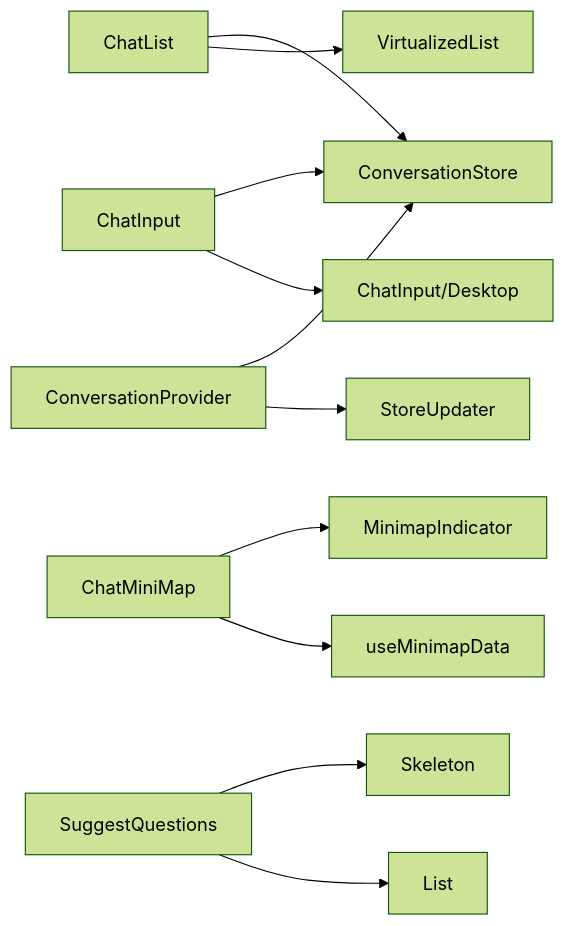
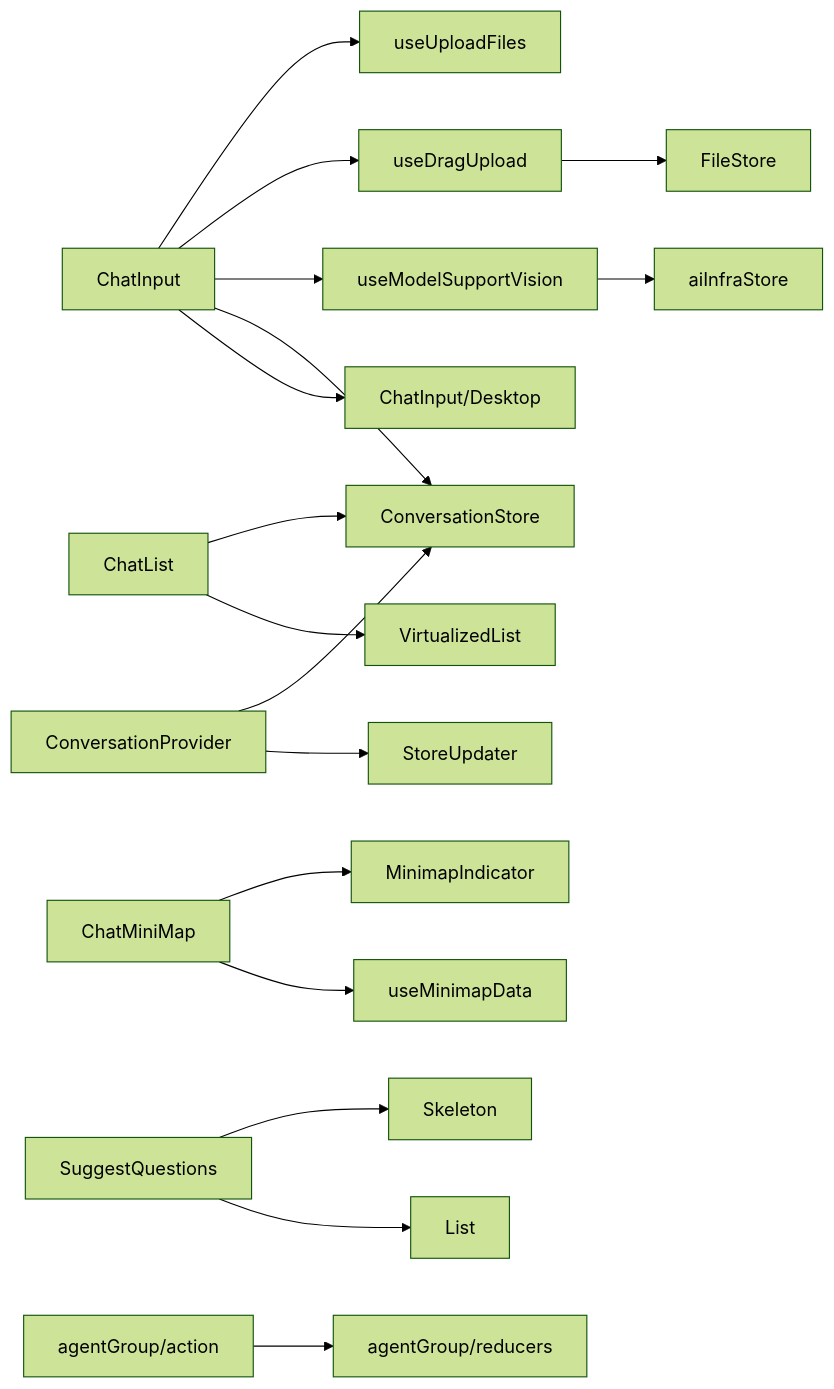
One commit to AvatoLabs/avato changed the tenth of 10 diagrams in .qoder/repowiki/zh/content/组件系统/业务功能组件/聊天交互组件/聊天交互组件.md. Above: the diagram before and after it, drawn with Mermaid (forest theme). The commit also changed other lines of this file and 50 other files, not shown here.

````diff
--- a/.qoder/repowiki/zh/content/组件系统/业务功能组件/聊天交互组件/聊天交互组件.md
+++ b/.qoder/repowiki/zh/content/组件系统/业务功能组件/聊天交互组件/聊天交互组件.md
@@ -450,13 +636,19 @@
 ```mermaid
 graph LR
 CI["ChatInput"] --> CIDE["ChatInput/Desktop"]
 CI --> CS["ConversationStore"]
+CI --> VSD["useModelSupportVision"]
+CI --> DUD["useDragUpload"]
+CI --> DUZ["useUploadFiles"]
 CL["ChatList"] --> VL["VirtualizedList"]
 CL --> CS
 MM["ChatMiniMap"] --> MMD["useMinimapData"]
 MM --> MMI["MinimapIndicator"]
 SQ["SuggestQuestions"] --> SQL["List"]
 SQ --> SQS["Skeleton"]
 CP["ConversationProvider"] --> SU["StoreUpdater"]
 CP --> CS
+AGA["agentGroup/action"] --> AGR["agentGroup/reducers"]
+VSD --> AIS["aiInfraStore"]
+DUD --> FS["FileStore"]
 ```
````
